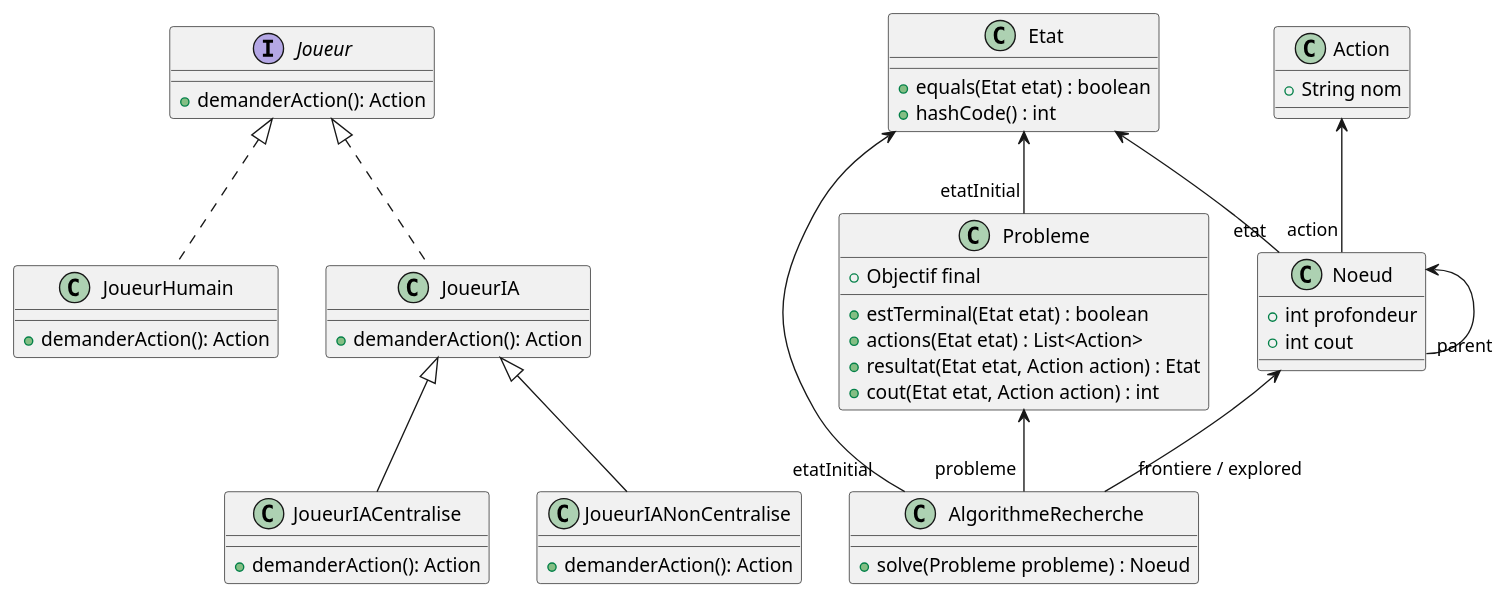
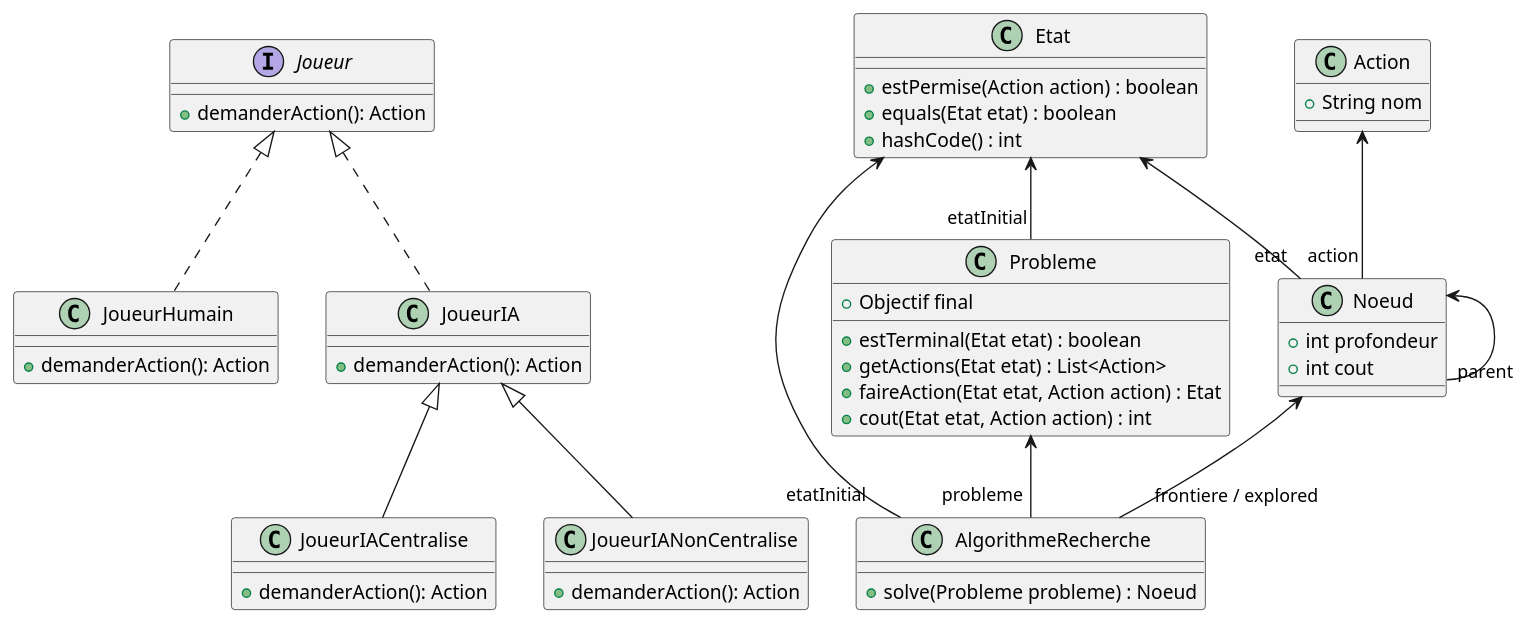
One commit to ThomasRbn/PTUT_BERNARD_ROBINEAU_ROUYER_RUSSO changed the diagram in assets/DiagClassIA.puml. Above: the diagram before and after it, drawn with PlantUML.

Commit message:
Mise à jour des diagrammes

```diff
--- a/assets/DiagClassIA.puml
+++ b/assets/DiagClassIA.puml
@@ -1,54 +1,55 @@
 @startuml
 
 interface Joueur {
     + demanderAction(): Action
 }
 
 class JoueurHumain implements Joueur {
     + demanderAction(): Action
 }
 
 class JoueurIA implements Joueur {
     + demanderAction(): Action
 }
 
 class JoueurIACentralise extends JoueurIA {
     + demanderAction(): Action
 }
 class JoueurIANonCentralise extends JoueurIA {
     + demanderAction(): Action
 }
 class AlgorithmeRecherche{
     + solve(Probleme probleme) : Noeud
 }
 Probleme <-- "probleme" AlgorithmeRecherche
 Etat <-- "etatInitial" AlgorithmeRecherche
 Noeud <-- "frontiere / explored" AlgorithmeRecherche
 
 class Action{
     + String nom
 }
 
 class Probleme{
     + Objectif final
     + estTerminal(Etat etat) : boolean
-    + actions(Etat etat) : List<Action>
-    + resultat(Etat etat, Action action) : Etat
+    + getActions(Etat etat) : List<Action>
+    + faireAction(Etat etat, Action action) : Etat
     + cout(Etat etat, Action action) : int
 }
 Etat <-- "etatInitial" Probleme
 
 
 class Etat{
+    + estPermise(Action action) : boolean
     + equals(Etat etat) : boolean
     + hashCode() : int
 }
 
 class Noeud{
     + int profondeur
     + int cout
 }
 Etat <-- "etat" Noeud
 Action <-- "action" Noeud
 Noeud <-- "parent" Noeud
 @enduml
```
